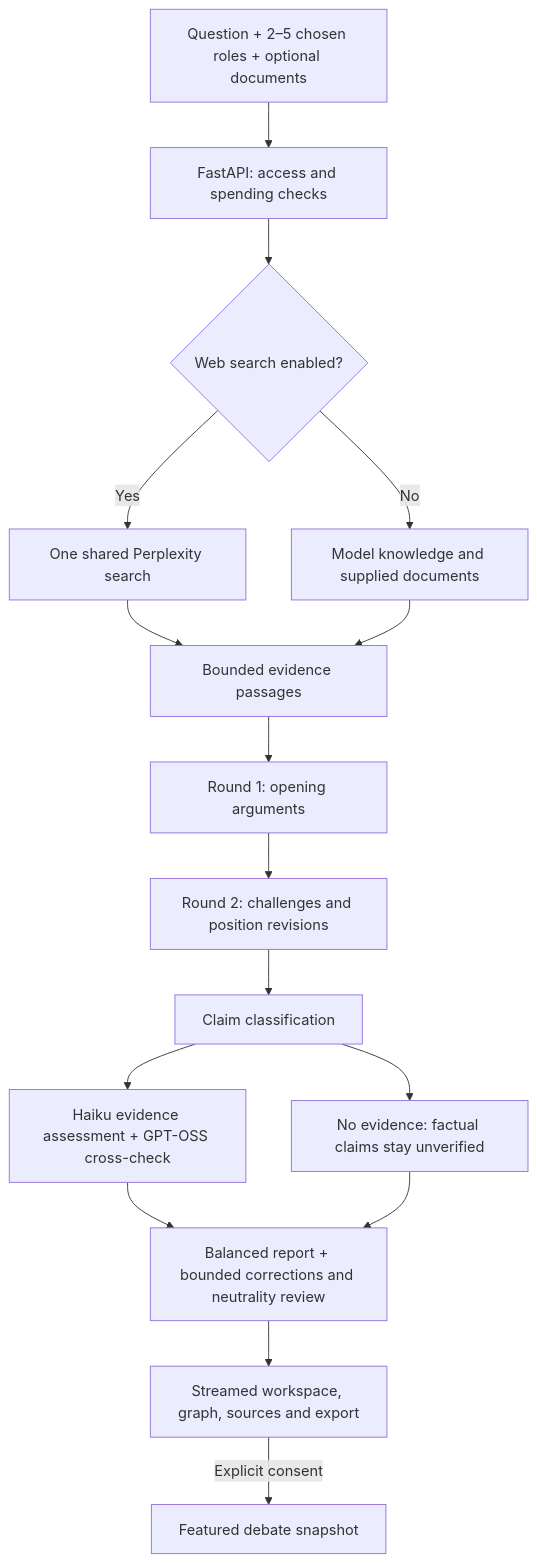
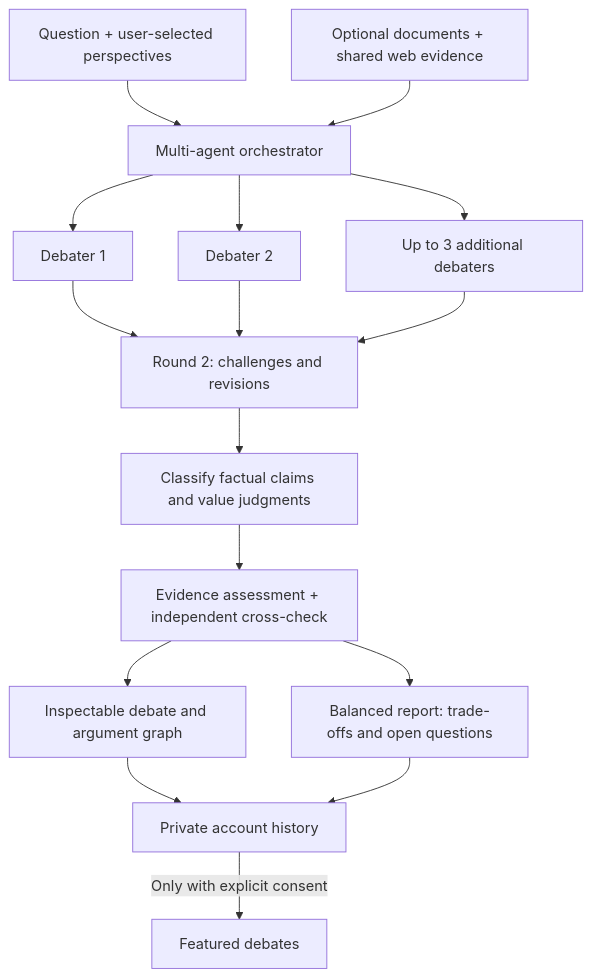
One commit to dhanunjay1729/decision-atlas changed the diagram in README.md. Above: the diagram before and after it, drawn with Mermaid. The commit also changed other lines of this file and 1 other file, not shown here.

Commit message:
docs: focus README on multi-agent workflow and technology stack

````diff
--- a/README.md
+++ b/README.md
@@ -42,18 +19,18 @@
 ```mermaid
 flowchart TD
-    A[Question + 2–5 chosen roles + optional documents] --> B[FastAPI: access and spending checks]
-    B --> C{Web search enabled?}
-    C -->|Yes| D[One shared Perplexity search]
-    C -->|No| E[Model knowledge and supplied documents]
-    D --> F[Bounded evidence passages]
-    E --> F
-    F --> G[Round 1: opening arguments]
-    G --> H[Round 2: challenges and position revisions]
-    H --> I[Claim classification]
-    I --> J[Haiku evidence assessment + GPT-OSS cross-check]
-    I --> K[No evidence: factual claims stay unverified]
-    J --> L[Balanced report + bounded corrections and neutrality review]
-    K --> L
-    L --> M[Streamed workspace, graph, sources and export]
-    M -->|Explicit consent| N[Featured debate snapshot]
+    Q[Question + user-selected perspectives] --> O[Multi-agent orchestrator]
+    E[Optional documents + shared web evidence] --> O
+    O --> A[Debater 1]
+    O --> B[Debater 2]
+    O --> C[Up to 3 additional debaters]
+    A --> R[Round 2: challenges and revisions]
+    B --> R
+    C --> R
+    R --> K[Classify factual claims and value judgments]
+    K --> V[Evidence assessment + independent cross-check]
+    V --> G[Inspectable debate and argument graph]
+    V --> S[Balanced report: trade-offs and open questions]
+    G --> H[Private account history]
+    S --> H
+    H -->|Only with explicit consent| F[Featured debates]
 ```
````
